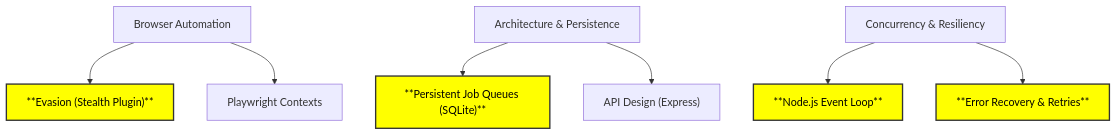
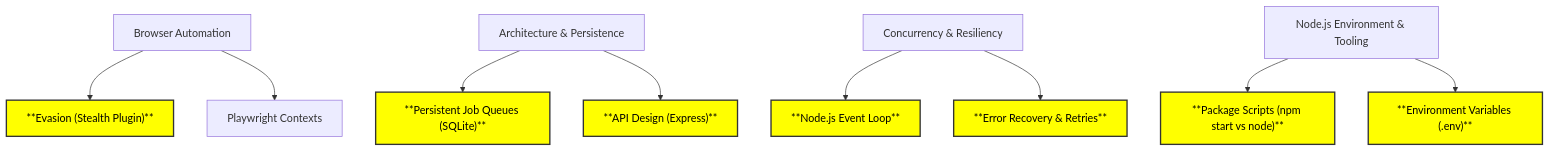
One commit to Abhinay-kal/Content-Operations-Automation-Platform changed the diagram in knowledge.md. Above: the diagram before and after it, drawn with Mermaid. The commit also changed other lines of this file and 1 other file, not shown here.

Commit message:
docs: track conversational learning in knowledge graph

````diff
--- a/knowledge.md
+++ b/knowledge.md
@@ -7,29 +7,37 @@
 ```mermaid
 graph TD
     %% Main Topics
     A[Browser Automation]
     B[Architecture & Persistence]
     C[Concurrency & Resiliency]
+    D[Node.js Environment & Tooling]
     
     %% Subtopics
     A1["**Evasion (Stealth Plugin)**"]
     A2[Playwright Contexts]
     B1["**Persistent Job Queues (SQLite)**"]
-    B2["API Design (Express)"]
+    B2["**API Design (Express)**"]
     C1["**Node.js Event Loop**"]
     C2["**Error Recovery & Retries**"]
+    D1["**Package Scripts (npm start vs node)**"]
+    D2["**Environment Variables (.env)**"]
     
     %% Relationships
     A --> A1
     A --> A2
     B --> B1
     B --> B2
     C --> C1
     C --> C2
+    D --> D1
+    D --> D2
     
     %% Styling for actively used/implemented subtopics
     style A1 fill:#ffff00,stroke:#333,stroke-width:2px,color:#000;
     style B1 fill:#ffff00,stroke:#333,stroke-width:2px,color:#000;
+    style B2 fill:#ffff00,stroke:#333,stroke-width:2px,color:#000;
     style C1 fill:#ffff00,stroke:#333,stroke-width:2px,color:#000;
     style C2 fill:#ffff00,stroke:#333,stroke-width:2px,color:#000;
+    style D1 fill:#ffff00,stroke:#333,stroke-width:2px,color:#000;
+    style D2 fill:#ffff00,stroke:#333,stroke-width:2px,color:#000;
 ```
````
